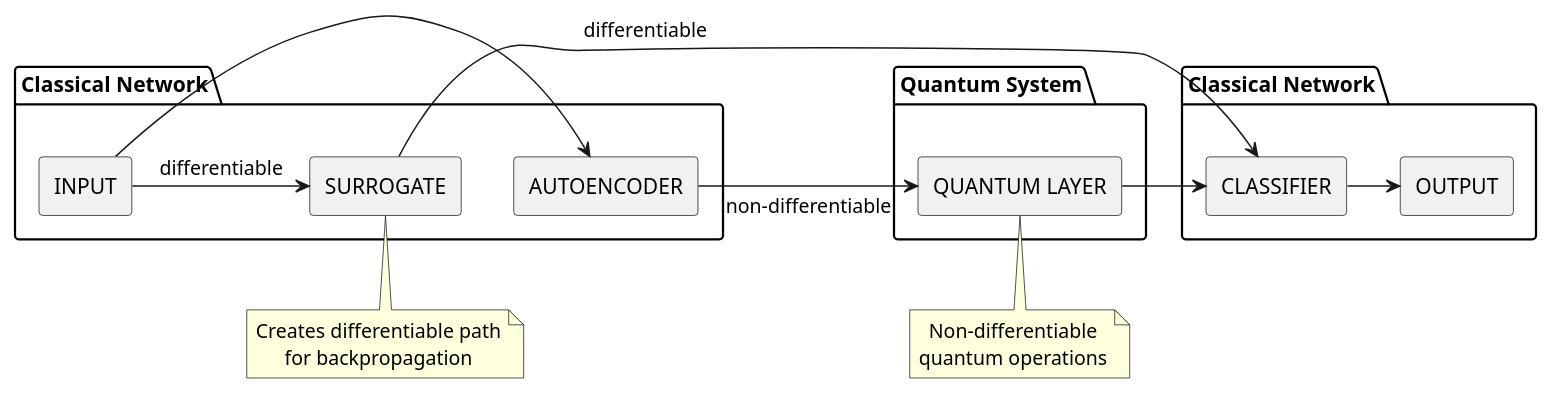
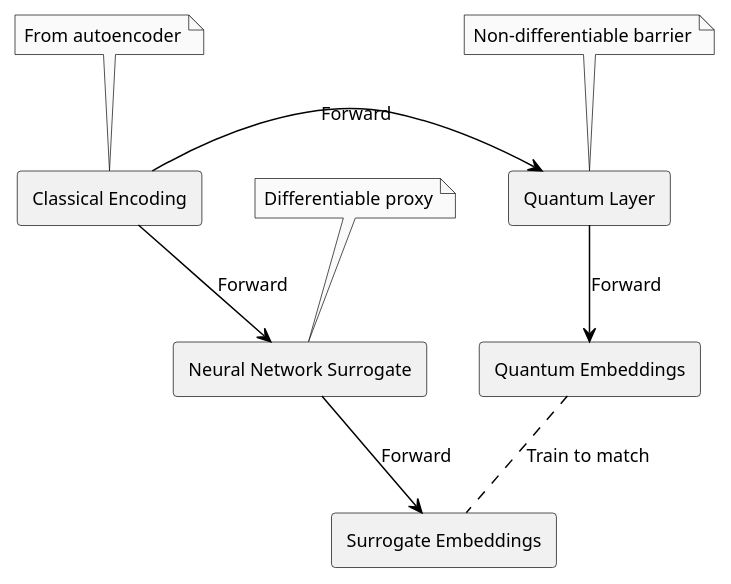
Before and after one commit to NunoMBatista/Neutral-Atom-QGARS: the diagram in docs/diagrams/surrogate_model.puml, drawn with PlantUML. The commit also changed 3 other files, not shown here.

```diff
--- a/docs/diagrams/surrogate_model.puml
+++ b/docs/diagrams/surrogate_model.puml
@@ -1,39 +1,25 @@
-@startuml surrogate_model
-skinparam backgroundColor transparent
-skinparam defaultTextAlignment center
+@startuml
+skinparam monochrome true
 skinparam componentStyle rectangle
+skinparam defaultFontName Arial
+skinparam defaultFontSize 12
+skinparam ArrowColor black
 
-package "Classical Network" as ClassicalNetwork1 {
-  [INPUT] as Input
-  [AUTOENCODER] as Autoencoder
-  [SURROGATE] as Surrogate
-}
+component "Classical Encoding" as encoding
+component "Neural Network Surrogate" as surrogate
+component "Quantum Layer" as quantum
+component "Quantum Embeddings" as q_embeddings
+component "Surrogate Embeddings" as s_embeddings
 
-package "Quantum System" as QuantumSystem {
-  [QUANTUM LAYER] as QuantumLayer
-}
+note top of encoding : From autoencoder
+note top of quantum : Non-differentiable barrier
+note top of surrogate : Differentiable proxy
 
-package "Classical Network" as ClassicalNetwork2 {
-  [CLASSIFIER] as Classifier
-  [OUTPUT] as Output
-}
+encoding -right-> quantum : Forward
+quantum -down-> q_embeddings : Forward
+encoding -down-> surrogate : Forward
+surrogate -right-> s_embeddings : Forward
 
-Input -> Autoencoder
-Autoencoder -> QuantumLayer : "non-differentiable"
-Input -> Surrogate : differentiable
-QuantumLayer -> Classifier
-Surrogate -> Classifier : differentiable
-
-Classifier -> Output
-
-note bottom of Surrogate
-  Creates differentiable path
-  for backpropagation
-end note
-
-note bottom of QuantumLayer
-  Non-differentiable
-  quantum operations
-end note
+q_embeddings .. s_embeddings : Train to match
 
 @enduml
```
